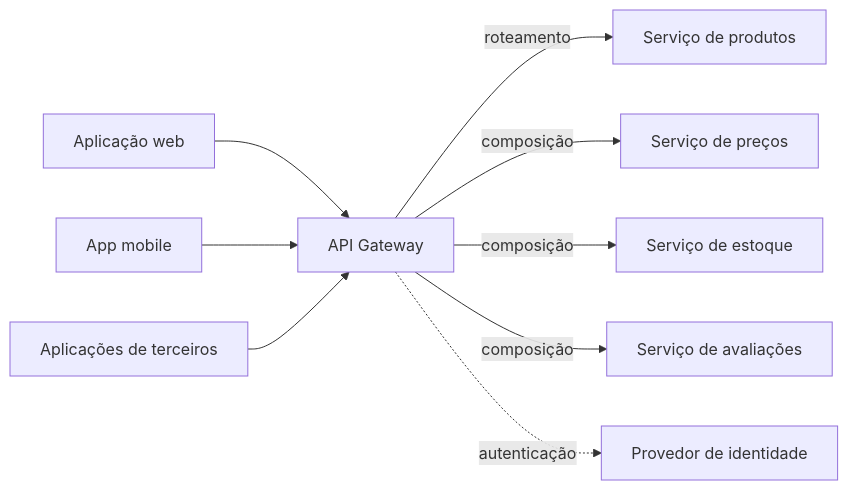
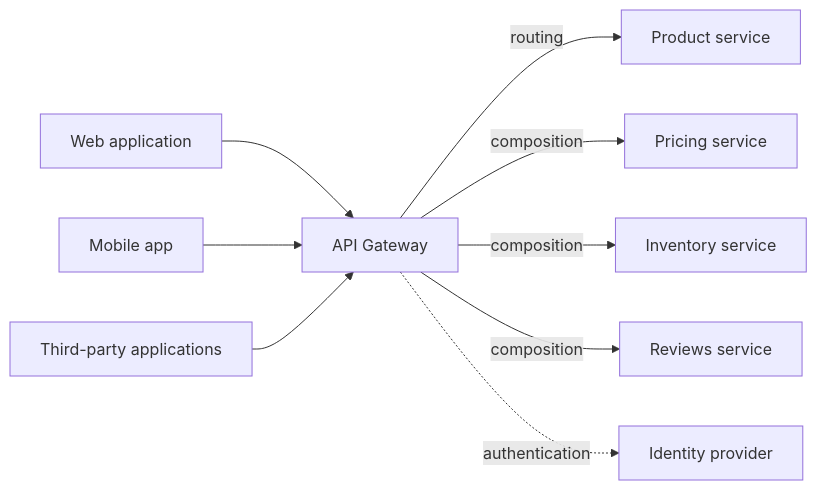
One commit to alancesar/design-patterns changed the diagram in docs/architecture/microservices/external-api/api-gateway.md. Above: the diagram before and after it, drawn with Mermaid. The commit also changed 258 other files, not shown here.

First line of the commit message:
Translate Mermaid diagrams to English

````diff
--- a/docs/architecture/microservices/external-api/api-gateway.md
+++ b/docs/architecture/microservices/external-api/api-gateway.md
@@ -61,11 +61,11 @@
 ```mermaid
 flowchart LR
-    W["Aplicação web"] --> G["API Gateway"]
-    M["App mobile"] --> G
-    T["Aplicações de terceiros"] --> G
-    G -->|"roteamento"| S1["Serviço de produtos"]
-    G -->|"composição"| S2["Serviço de preços"]
-    G -->|"composição"| S3["Serviço de estoque"]
-    G -->|"composição"| S4["Serviço de avaliações"]
-    G -.->|"autenticação"| A["Provedor de identidade"]
+    W["Web application"] --> G["API Gateway"]
+    M["Mobile app"] --> G
+    T["Third-party applications"] --> G
+    G -->|"routing"| S1["Product service"]
+    G -->|"composition"| S2["Pricing service"]
+    G -->|"composition"| S3["Inventory service"]
+    G -->|"composition"| S4["Reviews service"]
+    G -.->|"authentication"| A["Identity provider"]
 ```
````
